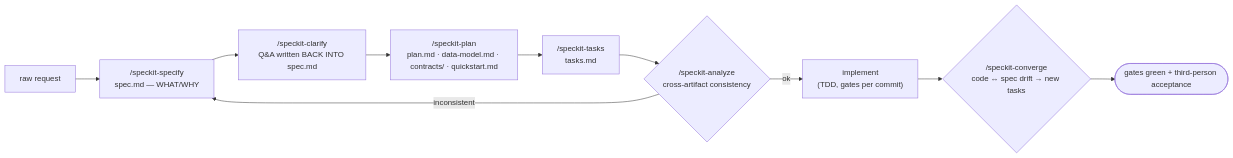
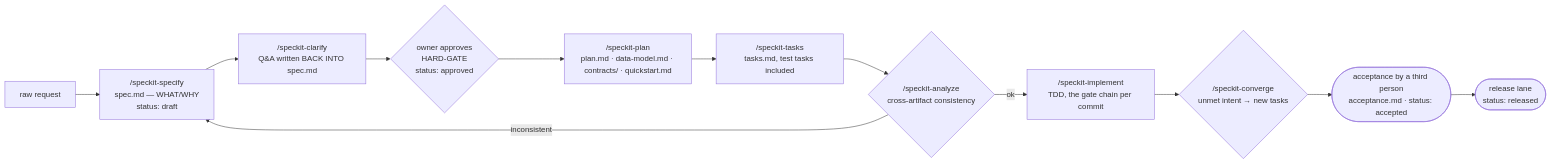
One commit to doxuta/ai-factory-kit changed the diagram in model/SPEC-FLOW.md. Above: the diagram before and after it, drawn with Mermaid. The commit also changed other lines of this file and 97 other files, not shown here.

````diff
--- a/model/SPEC-FLOW.md
+++ b/model/SPEC-FLOW.md
@@ -12,12 +21,14 @@
 ```mermaid
 flowchart LR
-    RAW[raw request] --> SP["/speckit-specify<br/>spec.md — WHAT/WHY"]
+    RAW[raw request] --> SP["/speckit-specify<br/>spec.md — WHAT/WHY<br/>status: draft"]
     SP --> CL["/speckit-clarify<br/>Q&A written BACK INTO spec.md"]
-    CL --> PL["/speckit-plan<br/>plan.md · data-model.md · contracts/ · quickstart.md"]
-    PL --> TK["/speckit-tasks<br/>tasks.md"]
+    CL --> AP{"owner approves<br/>HARD-GATE<br/>status: approved"}
+    AP --> PL["/speckit-plan<br/>plan.md · data-model.md · contracts/ · quickstart.md"]
+    PL --> TK["/speckit-tasks<br/>tasks.md, test tasks included"]
     TK --> AZ{"/speckit-analyze<br/>cross-artifact consistency"}
     AZ -->|inconsistent| SP
-    AZ -->|ok| IM["implement<br/>(TDD, gates per commit)"]
-    IM --> CV{"/speckit-converge<br/>code ↔ spec drift → new tasks"}
-    CV --> DONE([gates green + third-person acceptance])
+    AZ -->|ok| IM["/speckit-implement<br/>TDD, the gate chain per commit"]
+    IM --> CV{"/speckit-converge<br/>unmet intent → new tasks"}
+    CV --> AC(["acceptance by a third person<br/>acceptance.md · status: accepted"])
+    AC --> RL(["release lane<br/>status: released"])
 ```
````
